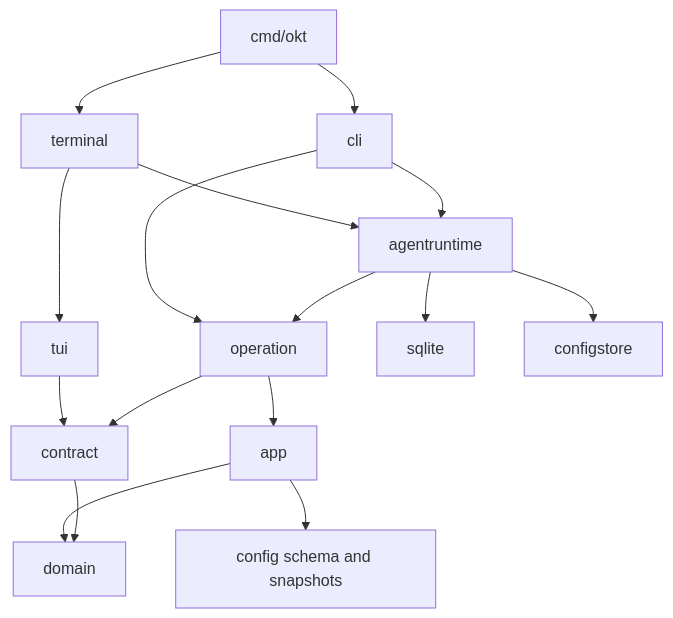
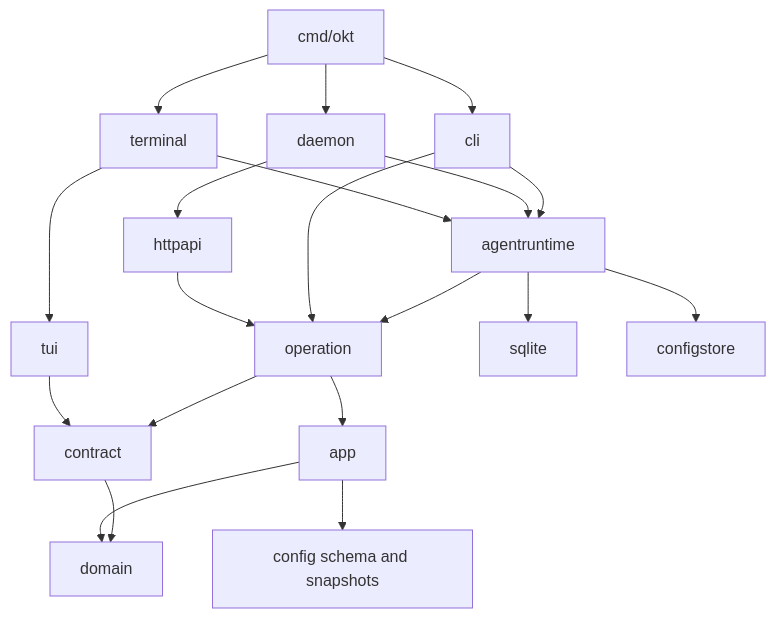
One commit to This-Is-NPC/omakiten changed the diagram in docs/internal/design.md. Above: the diagram before and after it, drawn with Mermaid. The commit also changed other lines of this file and 127 other files, not shown here.

````diff
--- a/docs/internal/design.md
+++ b/docs/internal/design.md
@@ -19,18 +19,22 @@
 ```mermaid
 flowchart TD
     Entry[cmd/okt] --> CLI[cli]
     Entry --> Terminal[terminal]
+    Entry --> Daemon[daemon]
     Terminal --> TUI[tui]
     Terminal --> Runtime[agentruntime]
+    Daemon --> HTTPAPI[httpapi]
+    Daemon --> Runtime
+    HTTPAPI --> Operations
     CLI --> Runtime
     CLI --> Operations[operation]
     Runtime --> Operations
     Runtime --> SQLite[sqlite]
     Runtime --> Files[configstore]
     TUI --> Contracts[contract]
     Operations --> Contracts
     Operations --> App[app]
     App --> Domain[domain]
     Contracts --> Domain
     App --> Config[config schema and snapshots]
 ```
````
